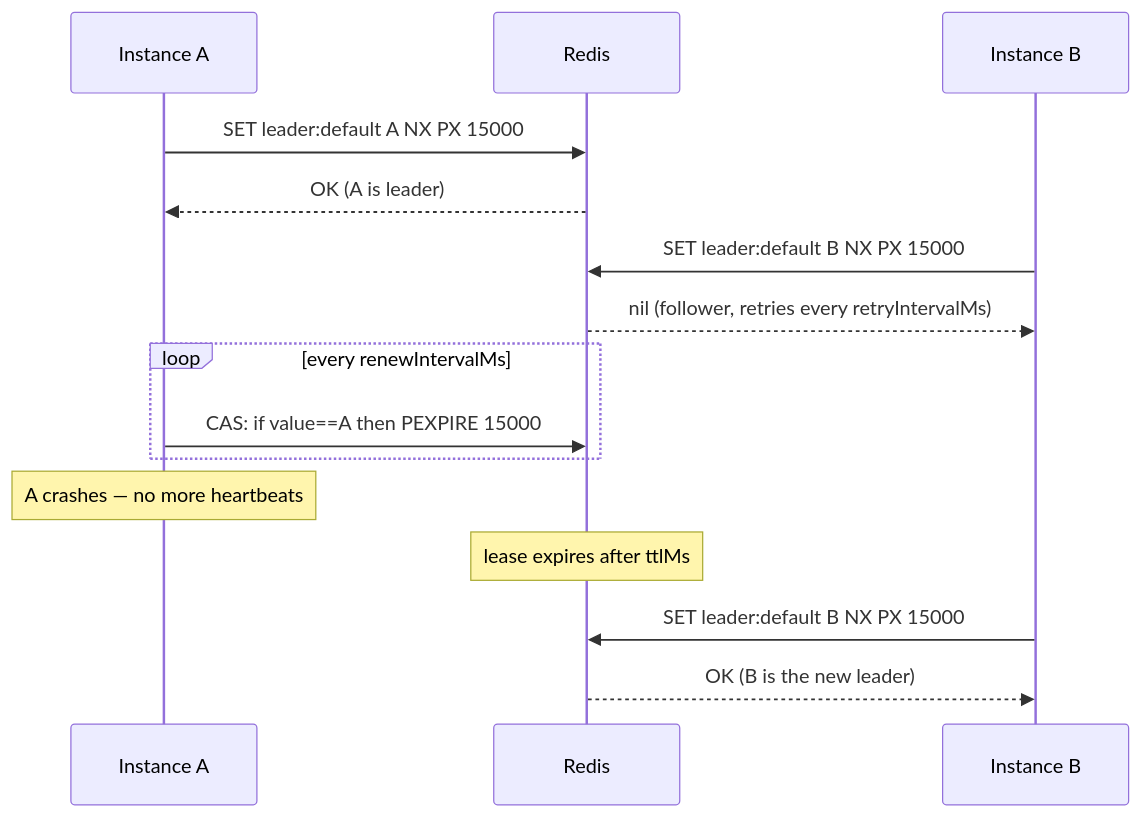
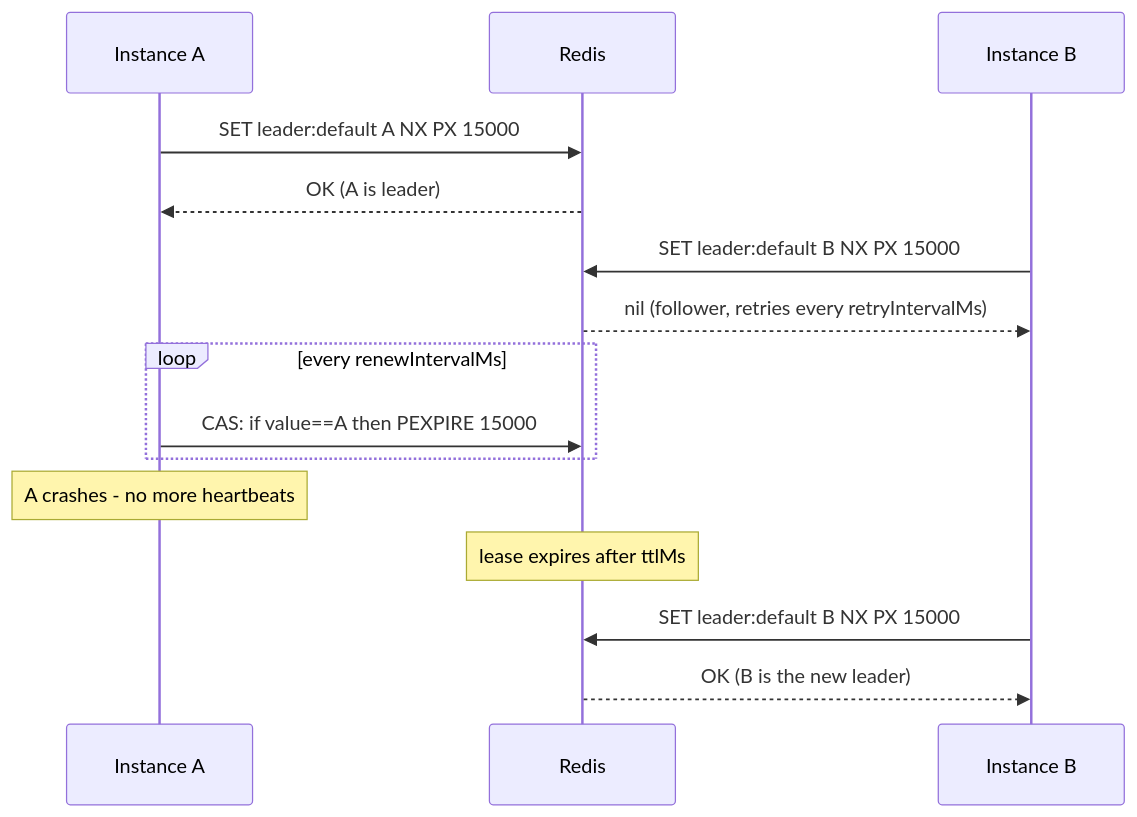
One commit to nestjs-redisx/nestjs-redisx changed the diagram in website/en/reference/leader/concepts.md. Above: the diagram before and after it, drawn with Mermaid. The commit also changed other lines of this file and 253 other files, not shown here.

````diff
--- a/website/en/reference/leader/concepts.md
+++ b/website/en/reference/leader/concepts.md
@@ -24,18 +24,18 @@
 ```mermaid
 sequenceDiagram
     participant A as Instance A
     participant R as Redis
     participant B as Instance B
 
     A->>R: SET leader:default A NX PX 15000
     R-->>A: OK (A is leader)
     B->>R: SET leader:default B NX PX 15000
     R-->>B: nil (follower, retries every retryIntervalMs)
     loop every renewIntervalMs
         A->>R: CAS: if value==A then PEXPIRE 15000
     end
-    Note over A: A crashes — no more heartbeats
+    Note over A: A crashes - no more heartbeats
     Note over R: lease expires after ttlMs
     B->>R: SET leader:default B NX PX 15000
     R-->>B: OK (B is the new leader)
 ```
````
